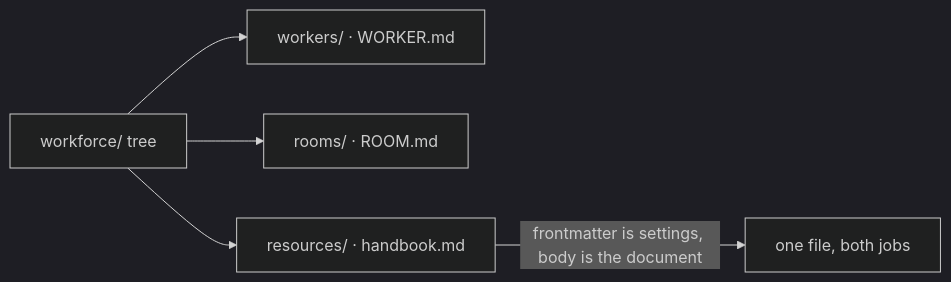
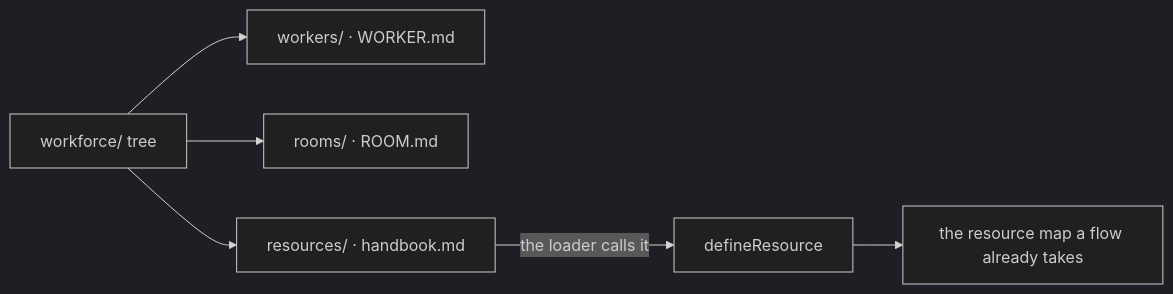
One commit to fixpoint-labs/flow-state-dev changed the second of 3 diagrams in spec/FIX-1354.explainer.md. Above: the diagram before and after it, drawn with Mermaid (dark theme). The commit also changed other lines of this file, not shown here.

First line of the commit message:
spec(FIX-1354): defineResource stays — files are a second route, not a replacement

````diff
--- a/spec/FIX-1354.explainer.md
+++ b/spec/FIX-1354.explainer.md
@@ -25,7 +25,8 @@
 ```mermaid
 flowchart LR
   TREE["workforce/ tree"] --> W["workers/ · WORKER.md"]
   TREE --> R["rooms/ · ROOM.md"]
   TREE --> RES["resources/ · handbook.md"]
-  RES -->|"frontmatter is settings, body is the document"| DISK["one file, both jobs"]
+  RES -->|"the loader calls it"| CODE["defineResource"]
+  CODE --> DISK["the resource map a flow already takes"]
 ```
````
